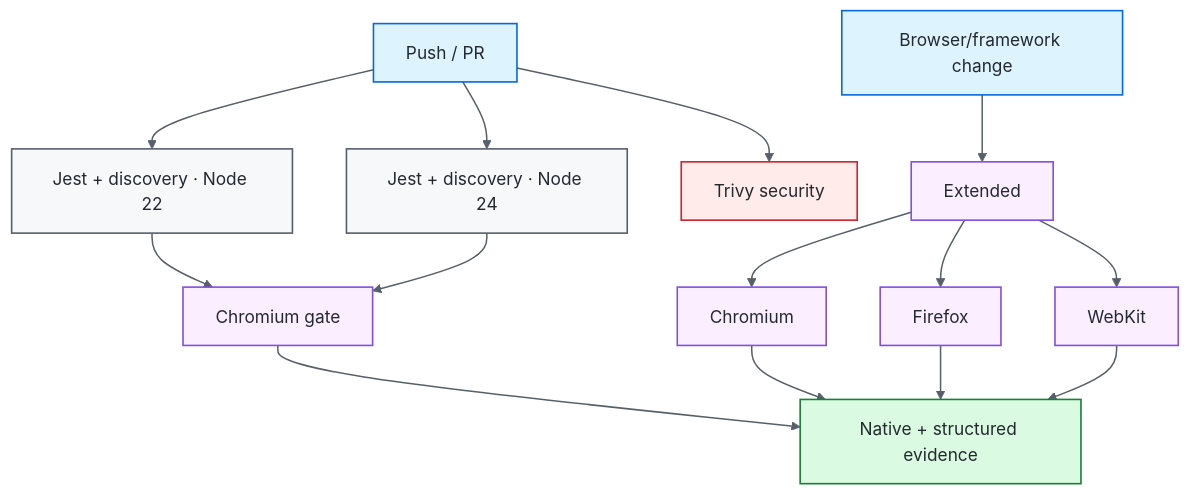
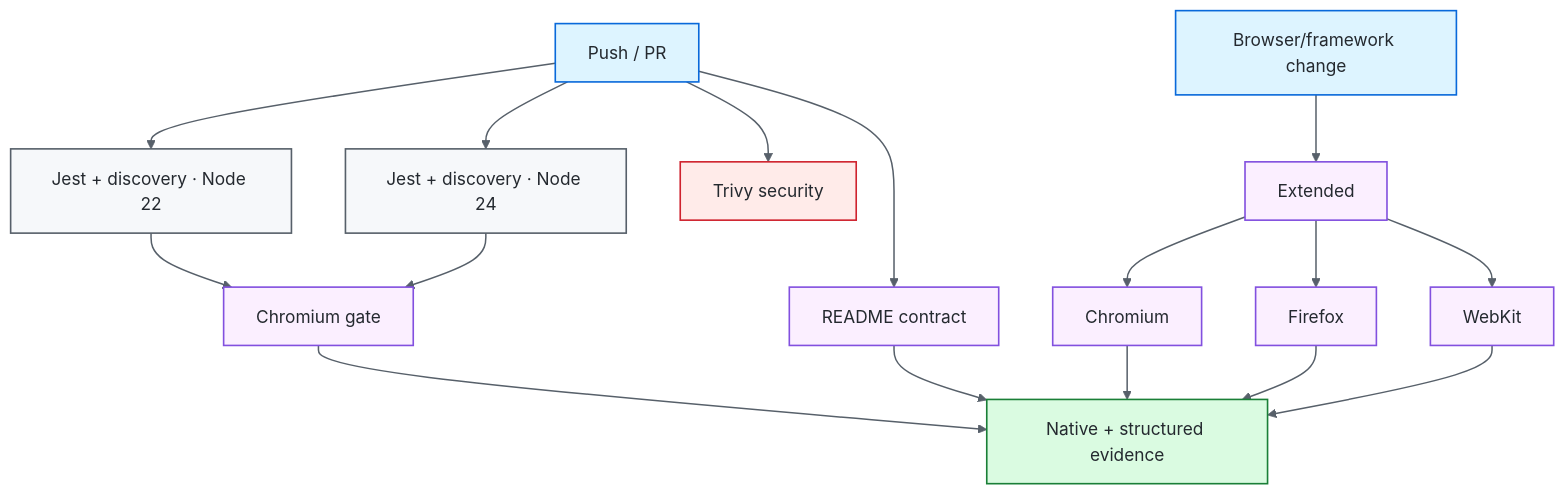
The third of 3 diagrams in README.md (portyu9/qa-automation-node-playwright), drawn with Mermaid (neutral theme) before and after one commit. The commit also changed other lines of this file and 2 other files, not shown here.

````diff
--- a/README.md
+++ b/README.md
@@ -321,28 +362,30 @@
 ```mermaid
 flowchart TD
     PR[Push / PR] --> N22[Jest + discovery · Node 22]
     PR --> N24[Jest + discovery · Node 24]
     N22 --> CH[Chromium gate]
     N24 --> CH
     PR --> SEC[Trivy security]
+    PR --> DOCS[README contract]
     BCHANGE[Browser/framework change] --> EXT[Extended]
     EXT --> C[Chromium]
     EXT --> F[Firefox]
     EXT --> W[WebKit]
     CH --> ART[Native + structured evidence]
     C --> ART
     F --> ART
     W --> ART
+    DOCS --> ART
 
     classDef entry fill:#ddf4ff,stroke:#0969da,color:#24292f,stroke-width:1.5px;
     classDef core fill:#f6f8fa,stroke:#57606a,color:#24292f,stroke-width:1.5px;
     classDef gate fill:#fbefff,stroke:#8250df,color:#24292f,stroke-width:1.5px;
     classDef evidence fill:#dafbe1,stroke:#1a7f37,color:#24292f,stroke-width:1.5px;
     classDef security fill:#ffebe9,stroke:#cf222e,color:#24292f,stroke-width:1.5px;
     class PR,BCHANGE entry;
     class N22,N24 core;
-    class CH,EXT,C,F,W gate;
+    class CH,EXT,C,F,W,DOCS gate;
     class SEC security;
     class ART evidence;
     linkStyle default stroke:#57606a,stroke-width:1.4px;
 ```
````
